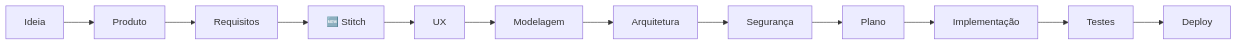
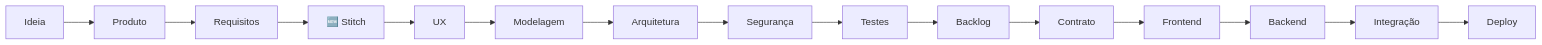
The second of 5 diagrams in INSTRUCOES_DE_USO.md (Matheus-Gama-deluna/Guia-dev-IA), drawn with Mermaid before and after one commit. The commit also changed other lines of this file and 25 other files, not shown here.

````diff
--- a/INSTRUCOES_DE_USO.md
+++ b/INSTRUCOES_DE_USO.md
@@ -98,7 +99,8 @@
 ```mermaid
 flowchart LR
     A[Ideia] --> B[Produto] --> C[Requisitos] --> S[🆕 Stitch]
     S --> D[UX] --> E[Modelagem] --> F[Arquitetura]
-    F --> G[Segurança] --> H[Plano] --> I[Implementação]
-    I --> J[Testes] --> K[Deploy]
+    F --> G[Segurança] --> H[Testes] --> I[Backlog]
+    I --> J[Contrato] --> K[Frontend] --> L[Backend] --> M[Integração]
+    M --> N[Deploy]
 ```
````
